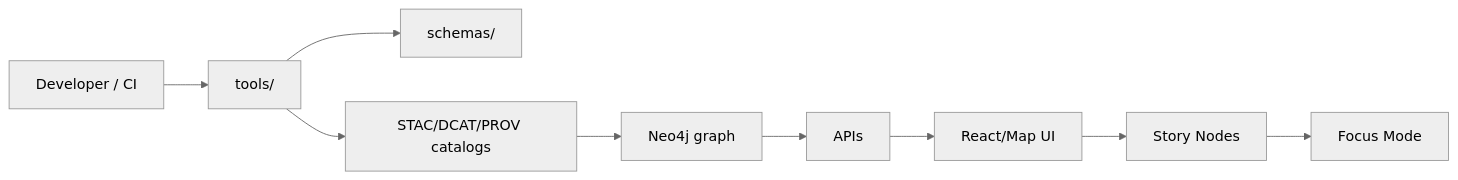
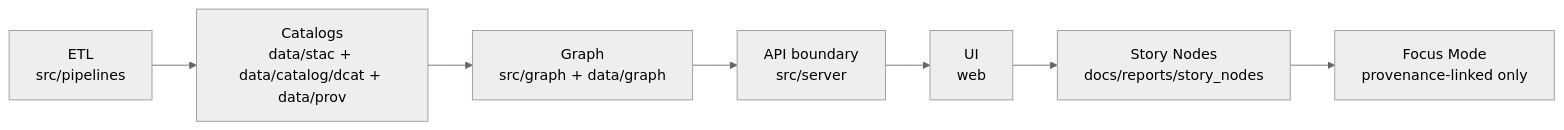
The diagram in tools/README.md (bartytime4life/Kansas-Frontier-Matrix), drawn with Mermaid (neutral theme) before and after one commit. The commit also changed other lines of this file, not shown here.

```diff
--- a/tools/README.md
+++ b/tools/README.md
@@ -152,11 +188,9 @@
 ~~~mermaid
 flowchart LR
-  A[Developer / CI] --> T[tools/]
-  T --> S[schemas/]
-  T --> C[STAC/DCAT/PROV catalogs]
-  C --> G[Neo4j graph]
-  G --> API[APIs]
-  API --> UI[React/Map UI]
-  UI --> SN[Story Nodes]
-  SN --> FM[Focus Mode]
+  A[ETL<br/>src/pipelines] --> B[Catalogs<br/>data/stac + data/catalog/dcat + data/prov]
+  B --> C[Graph<br/>src/graph + data/graph]
+  C --> D[API boundary<br/>src/server]
+  D --> E[UI<br/>web]
+  E --> F[Story Nodes<br/>docs/reports/story_nodes]
+  F --> G[Focus Mode<br/>provenance-linked only]
 ~~~
```
